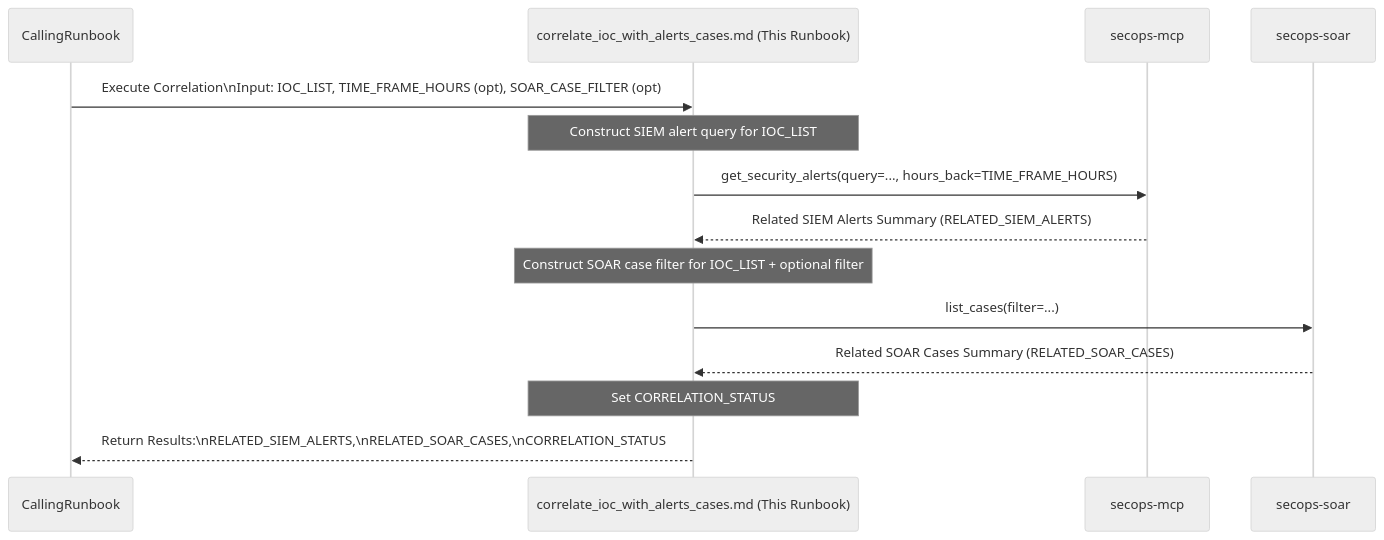
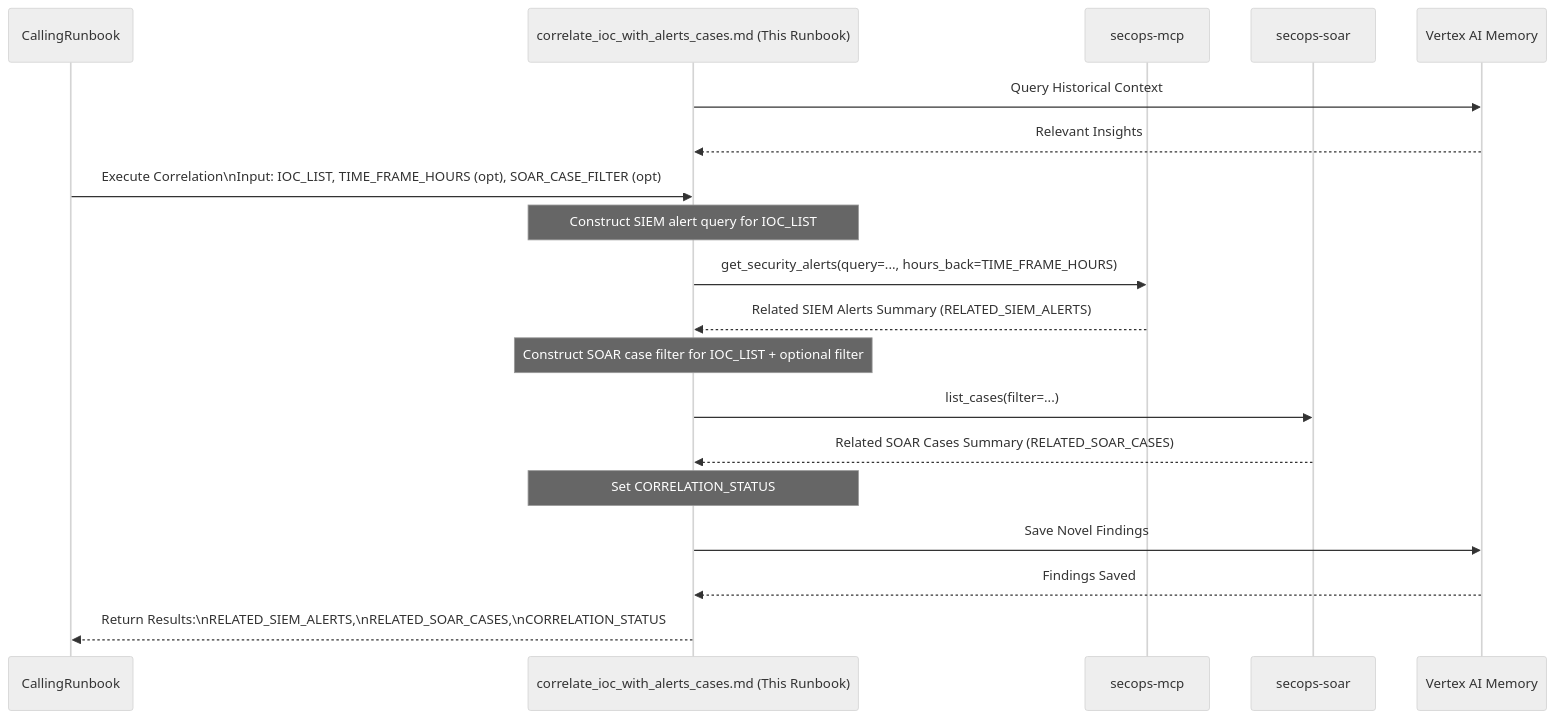
Before and after one commit to dandye/adk_runbooks: the diagram in rules-bank/run_books/common_steps/correlate_ioc_with_alerts_cases.md, drawn with Mermaid (neutral theme). The commit also changed other lines of this file and 125 other files, not shown here.

````diff
--- a/rules-bank/run_books/common_steps/correlate_ioc_with_alerts_cases.md
+++ b/rules-bank/run_books/common_steps/correlate_ioc_with_alerts_cases.md
@@ -41,24 +43,33 @@
 ```{mermaid}
 sequenceDiagram
     participant CallingRunbook
     participant CorrelateIOC as correlate_ioc_with_alerts_cases.md (This Runbook)
     participant SIEM as secops-mcp
     participant SOAR as secops-soar
+    participant Memory as Vertex AI Memory
 
+
+    %% Step: Query Memory Context
+    CorrelateIOC->>Memory: Query Historical Context
+    Memory-->>CorrelateIOC: Relevant Insights
     CallingRunbook->>CorrelateIOC: Execute Correlation\nInput: IOC_LIST, TIME_FRAME_HOURS (opt), SOAR_CASE_FILTER (opt)
 
     %% Step 2: Correlate SIEM Alerts
     Note over CorrelateIOC: Construct SIEM alert query for IOC_LIST
     CorrelateIOC->>SIEM: get_security_alerts(query=..., hours_back=TIME_FRAME_HOURS)
     SIEM-->>CorrelateIOC: Related SIEM Alerts Summary (RELATED_SIEM_ALERTS)
 
     %% Step 3: Correlate SOAR Cases
     Note over CorrelateIOC: Construct SOAR case filter for IOC_LIST + optional filter
     CorrelateIOC->>SOAR: list_cases(filter=...)
     SOAR-->>CorrelateIOC: Related SOAR Cases Summary (RELATED_SOAR_CASES)
 
     %% Step 4: Return Results
     Note over CorrelateIOC: Set CORRELATION_STATUS
+
+    %% Step: Save Findings to Memory
+    CorrelateIOC->>Memory: Save Novel Findings
+    Memory-->>CorrelateIOC: Findings Saved
     CorrelateIOC-->>CallingRunbook: Return Results:\nRELATED_SIEM_ALERTS,\nRELATED_SOAR_CASES,\nCORRELATION_STATUS
 
 ```
````
